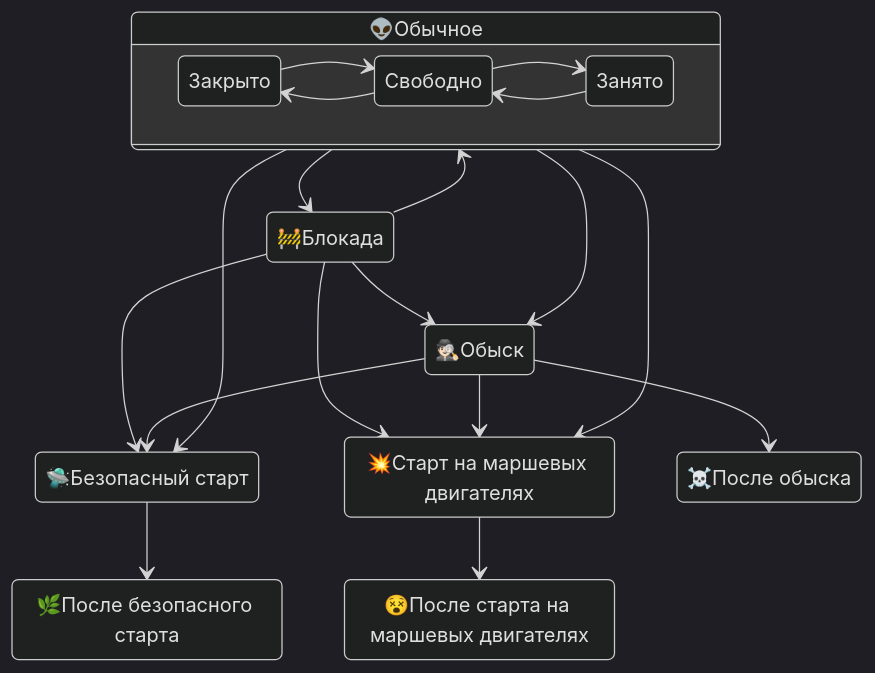
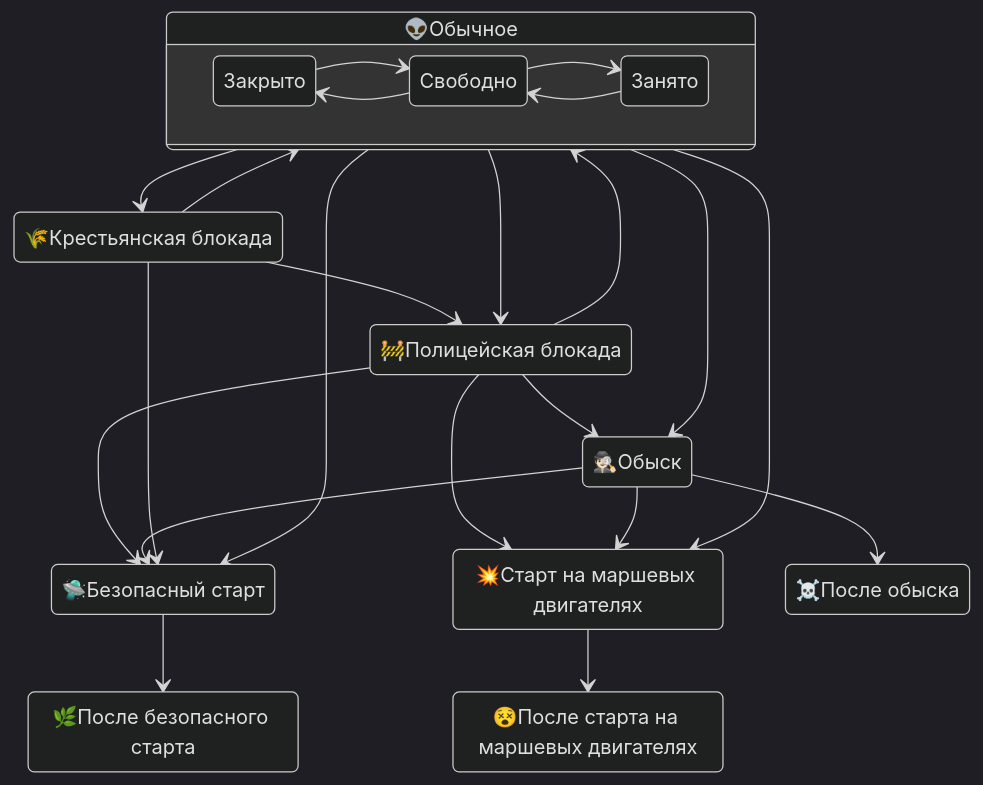
One commit to Yuhmik/formula_kontakta changed the second of 2 diagrams in Пришельцы.md. Above: the diagram before and after it, drawn with Mermaid (dark theme). The commit also changed other lines of this file and 6 other files, not shown here.

Commit message:
+Крестьянская блокада

````diff
--- a/Пришельцы.md
+++ b/Пришельцы.md
@@ -455,34 +468,40 @@
 ```mermaid
 stateDiagram-v2
     state "👽Обычное" as S1 {
         direction LR
         Закрыто --> Свободно
         Свободно --> Закрыто
         Свободно --> Занято
         Занято --> Свободно
     }
 
-    state "🚧Блокада" as S2
+    state "🚧Полицейская блокада" as S2
+    state "🌾Крестьянская блокада" as S9
     state "🕵🏻Обыск" as S3
     state "🛸Безопасный старт" as S4
     state "💥Старт на маршевых двигателях" as S5
     state "☠️После обыска" as S6
     state "🌿После безопасного старта" as S7
     state "😵После старта на маршевых двигателях" as S8
 
     S1 --> S2
     S2 --> S1
     S2 --> S3
     S1 --> S3
 
     S1 --> S4
     S1 --> S5
     S2 --> S4
     S2 --> S5
     S3 --> S4
     S3 --> S5
 
     S3 --> S6
     S4 --> S7
     S5 --> S8
+
+    S1 --> S9
+    S9 --> S1
+    S9 --> S2
+    S9 --> S4
 ```
````
